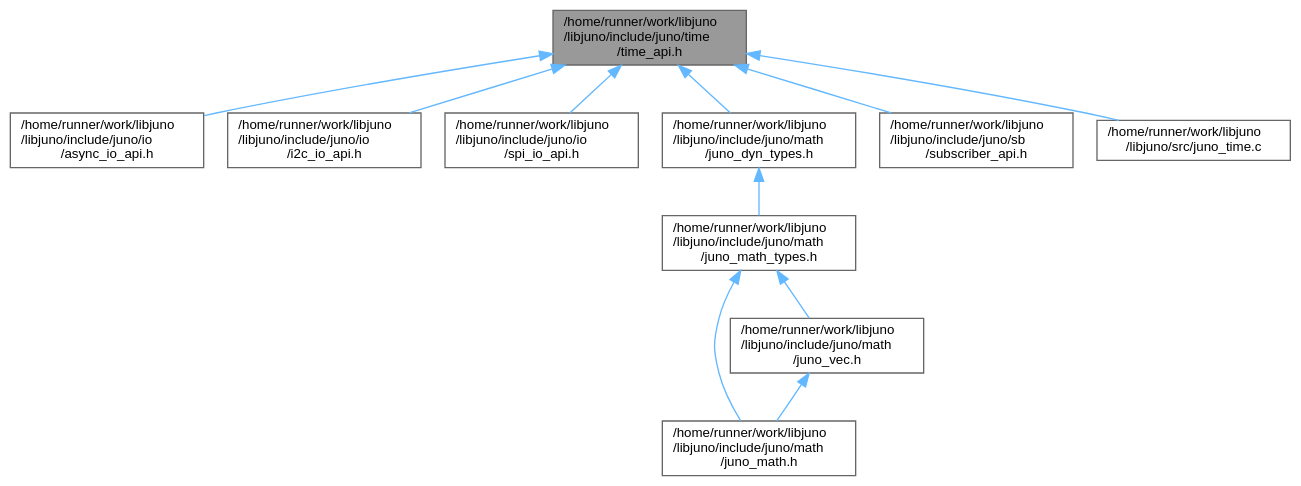
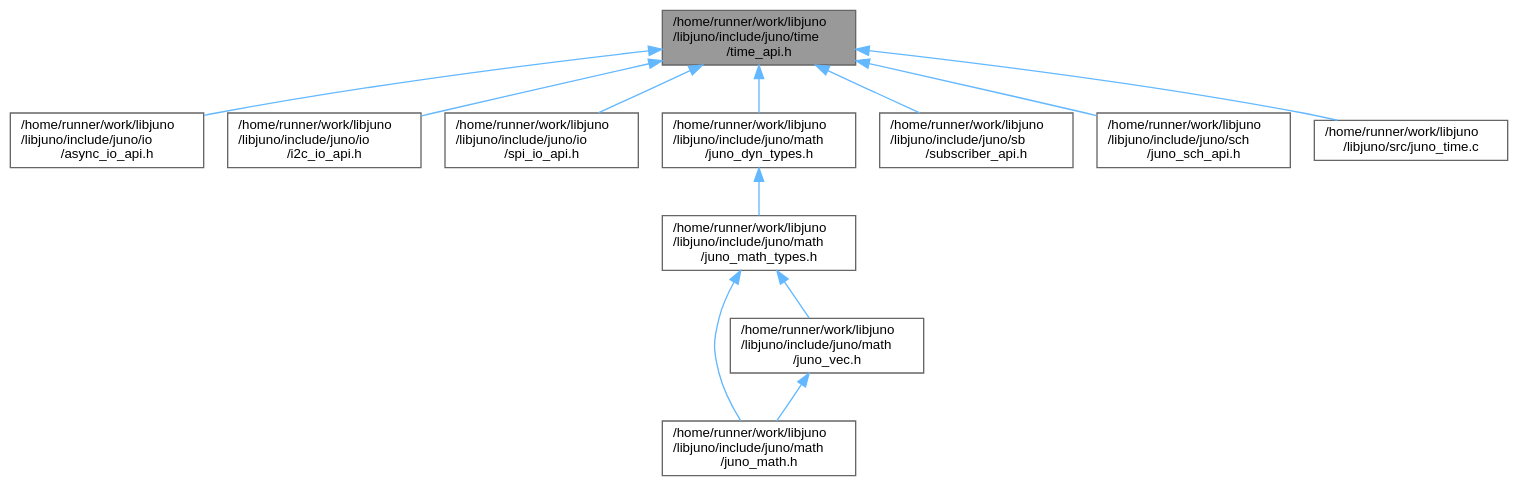
One commit to robinonsay/libjuno changed the diagram in time__api_8h__dep__incl.dot. Above: the diagram before and after it, drawn with Graphviz. The commit also changed 91 other files, not shown here.

```diff
--- a/time__api_8h__dep__incl.dot
+++ b/time__api_8h__dep__incl.dot
@@ -1,27 +1,29 @@
 digraph "/home/runner/work/libjuno/libjuno/include/juno/time/time_api.h"
 {
  // LATEX_PDF_SIZE
   bgcolor="transparent";
   edge [fontname=Helvetica,fontsize=10,labelfontname=Helvetica,labelfontsize=10];
   node [fontname=Helvetica,fontsize=10,shape=box,height=0.2,width=0.4];
   Node1 [id="Node000001",label="/home/runner/work/libjuno\l/libjuno/include/juno/time\l/time_api.h",height=0.2,width=0.4,color="gray40", fillcolor="grey60", style="filled", fontcolor="black",tooltip=" "];
   Node1 -> Node2 [id="edge1_Node000001_Node000002",dir="back",color="steelblue1",style="solid",tooltip=" "];
   Node2 [id="Node000002",label="/home/runner/work/libjuno\l/libjuno/include/juno/io\l/async_io_api.h",height=0.2,width=0.4,color="grey40", fillcolor="white", style="filled",URL="$async__io__api_8h.html",tooltip=" "];
   Node1 -> Node3 [id="edge2_Node000001_Node000003",dir="back",color="steelblue1",style="solid",tooltip=" "];
   Node3 [id="Node000003",label="/home/runner/work/libjuno\l/libjuno/include/juno/io\l/i2c_io_api.h",height=0.2,width=0.4,color="grey40", fillcolor="white", style="filled",URL="$i2c__io__api_8h.html",tooltip=" "];
   Node1 -> Node4 [id="edge3_Node000001_Node000004",dir="back",color="steelblue1",style="solid",tooltip=" "];
   Node4 [id="Node000004",label="/home/runner/work/libjuno\l/libjuno/include/juno/io\l/spi_io_api.h",height=0.2,width=0.4,color="grey40", fillcolor="white", style="filled",URL="$spi__io__api_8h.html",tooltip=" "];
   Node1 -> Node5 [id="edge4_Node000001_Node000005",dir="back",color="steelblue1",style="solid",tooltip=" "];
   Node5 [id="Node000005",label="/home/runner/work/libjuno\l/libjuno/include/juno/math\l/juno_dyn_types.h",height=0.2,width=0.4,color="grey40", fillcolor="white", style="filled",URL="$juno__dyn__types_8h.html",tooltip=" "];
   Node5 -> Node6 [id="edge5_Node000005_Node000006",dir="back",color="steelblue1",style="solid",tooltip=" "];
   Node6 [id="Node000006",label="/home/runner/work/libjuno\l/libjuno/include/juno/math\l/juno_math_types.h",height=0.2,width=0.4,color="grey40", fillcolor="white", style="filled",URL="$juno__math__types_8h.html",tooltip=" "];
   Node6 -> Node7 [id="edge6_Node000006_Node000007",dir="back",color="steelblue1",style="solid",tooltip=" "];
   Node7 [id="Node000007",label="/home/runner/work/libjuno\l/libjuno/include/juno/math\l/juno_math.h",height=0.2,width=0.4,color="grey40", fillcolor="white", style="filled",URL="$juno__math_8h.html",tooltip=" "];
   Node6 -> Node8 [id="edge7_Node000006_Node000008",dir="back",color="steelblue1",style="solid",tooltip=" "];
   Node8 [id="Node000008",label="/home/runner/work/libjuno\l/libjuno/include/juno/math\l/juno_vec.h",height=0.2,width=0.4,color="grey40", fillcolor="white", style="filled",URL="$juno__vec_8h.html",tooltip=" "];
   Node8 -> Node7 [id="edge8_Node000008_Node000007",dir="back",color="steelblue1",style="solid",tooltip=" "];
   Node1 -> Node9 [id="edge9_Node000001_Node000009",dir="back",color="steelblue1",style="solid",tooltip=" "];
   Node9 [id="Node000009",label="/home/runner/work/libjuno\l/libjuno/include/juno/sb\l/subscriber_api.h",height=0.2,width=0.4,color="grey40", fillcolor="white", style="filled",URL="$subscriber__api_8h.html",tooltip=" "];
   Node1 -> Node10 [id="edge10_Node000001_Node000010",dir="back",color="steelblue1",style="solid",tooltip=" "];
-  Node10 [id="Node000010",label="/home/runner/work/libjuno\l/libjuno/src/juno_time.c",height=0.2,width=0.4,color="grey40", fillcolor="white", style="filled",URL="$juno__time_8c.html",tooltip=" "];
+  Node10 [id="Node000010",label="/home/runner/work/libjuno\l/libjuno/include/juno/sch\l/juno_sch_api.h",height=0.2,width=0.4,color="grey40", fillcolor="white", style="filled",URL="$juno__sch__api_8h.html",tooltip=" "];
+  Node1 -> Node11 [id="edge11_Node000001_Node000011",dir="back",color="steelblue1",style="solid",tooltip=" "];
+  Node11 [id="Node000011",label="/home/runner/work/libjuno\l/libjuno/src/juno_time.c",height=0.2,width=0.4,color="grey40", fillcolor="white", style="filled",URL="$juno__time_8c.html",tooltip=" "];
 }
```
